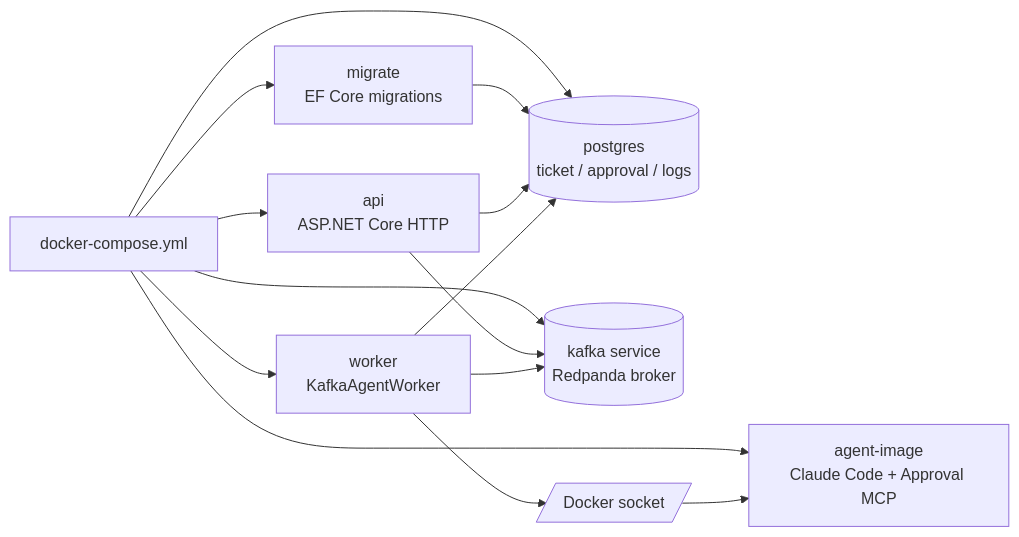
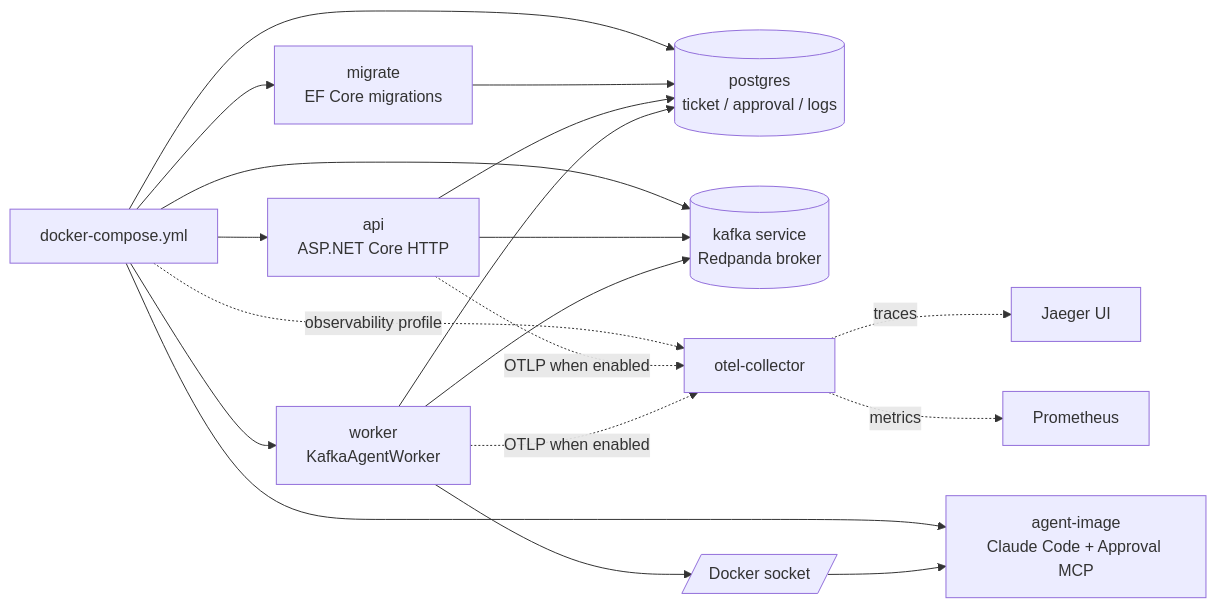
Before and after one commit to zzanghyunmoo/ReplaceMe: the first of 2 diagrams in docs/features/local-operations.md, drawn with Mermaid. The commit also changed other lines of this file and 7 other files, not shown here.

First line of the commit message:
ZZA-62 add local OTel collector profile

````diff
--- a/docs/features/local-operations.md
+++ b/docs/features/local-operations.md
@@ -24,16 +27,21 @@
 ```mermaid
 flowchart LR
     Compose[docker-compose.yml] --> Migrate[migrate\nEF Core migrations]
     Compose --> API[api\nASP.NET Core HTTP]
     Compose --> Worker[worker\nKafkaAgentWorker]
     Compose --> Postgres[(postgres\nticket / approval / logs)]
     Compose --> Kafka[(kafka service\nRedpanda broker)]
     Compose --> AgentImage[agent-image\nClaude Code + Approval MCP]
+    Compose -. observability profile .-> Collector[otel-collector]
+    Collector -. traces .-> Jaeger[Jaeger UI]
+    Collector -. metrics .-> Prometheus[Prometheus]
     Migrate --> Postgres
     API --> Postgres
     API --> Kafka
     Worker --> Postgres
     Worker --> Kafka
     Worker --> DockerSock[/Docker socket/]
+    API -. OTLP when enabled .-> Collector
+    Worker -. OTLP when enabled .-> Collector
     DockerSock --> AgentImage
 ```
````
